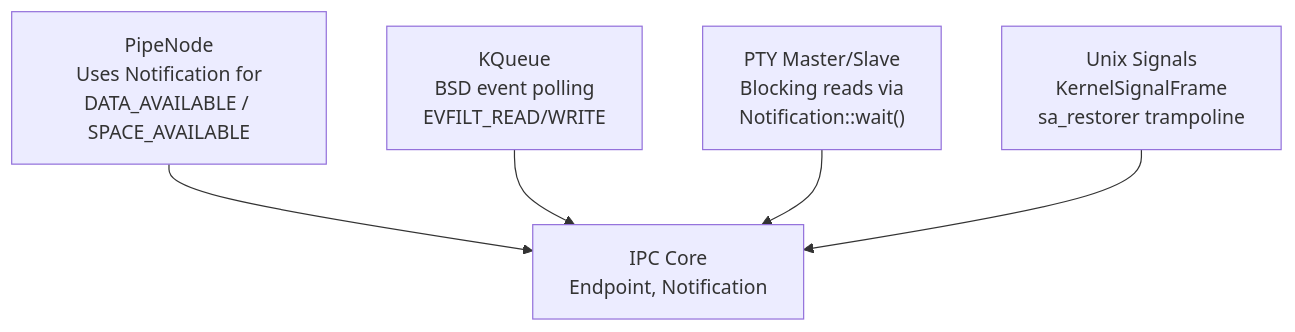
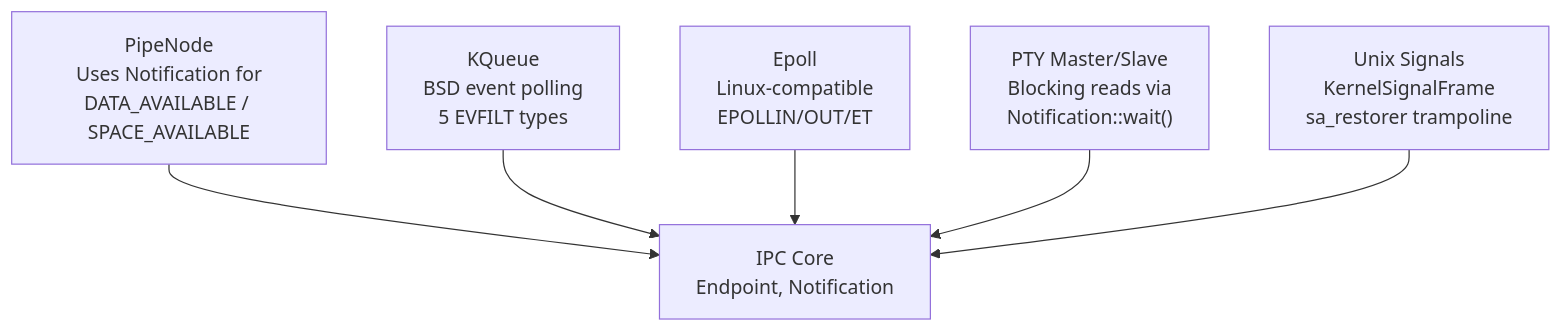
Before and after one commit to KitsuneBSD/FKernel: the fifth of 6 diagrams in Docs/Domains/ipc-capabilities.md, drawn with Mermaid. The commit also changed other lines of this file and 25 other files, not shown here.

````diff
--- a/Docs/Domains/ipc-capabilities.md
+++ b/Docs/Domains/ipc-capabilities.md
@@ -156,12 +217,14 @@
 ```mermaid
 flowchart TD
     IPC["IPC Core<br/>Endpoint, Notification"]
     PIPE["PipeNode<br/>Uses Notification for<br/>DATA_AVAILABLE / SPACE_AVAILABLE"]
-    KQ["KQueue<br/>BSD event polling<br/>EVFILT_READ/WRITE"]
+    KQ["KQueue<br/>BSD event polling<br/>5 EVFILT types"]
+    EPOLL["Epoll<br/>Linux-compatible<br/>EPOLLIN/OUT/ET"]
     PTY["PTY Master/Slave<br/>Blocking reads via<br/>Notification::wait()"]
     SIG["Unix Signals<br/>KernelSignalFrame<br/>sa_restorer trampoline"]
     PIPE --> IPC
     KQ --> IPC
+    EPOLL --> IPC
     PTY --> IPC
     SIG --> IPC
 ```
````
